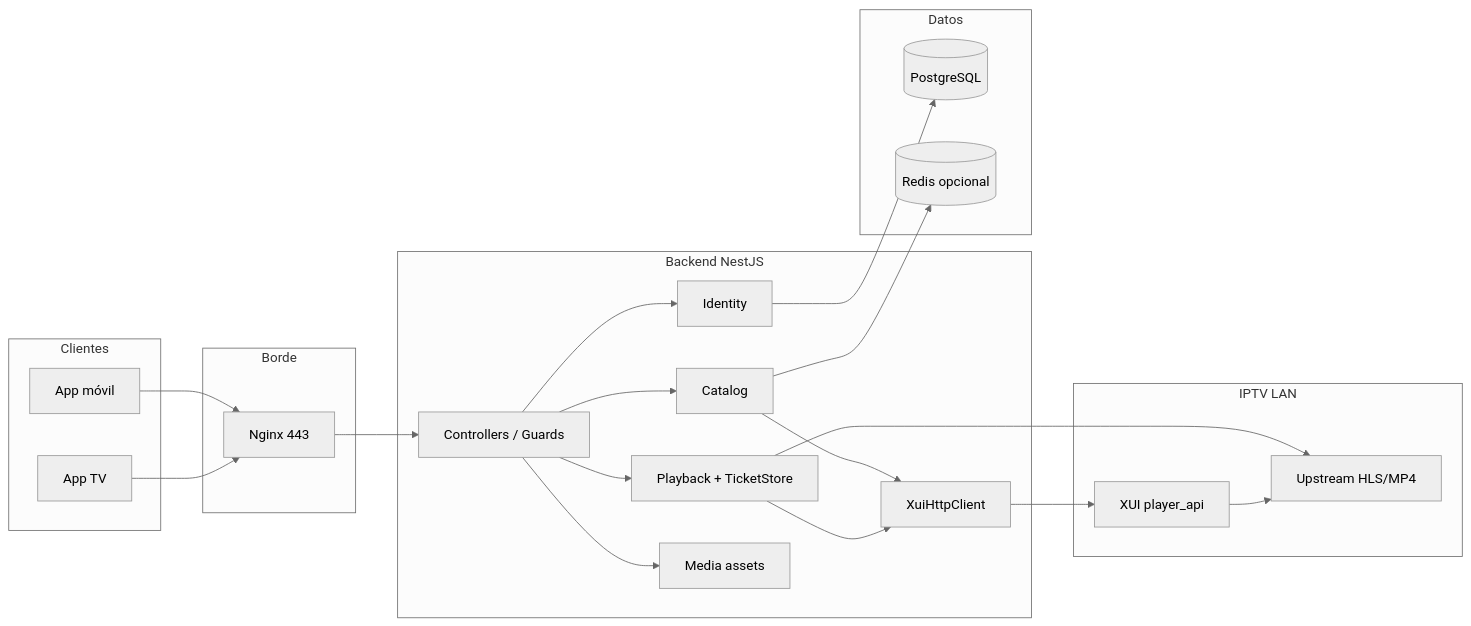
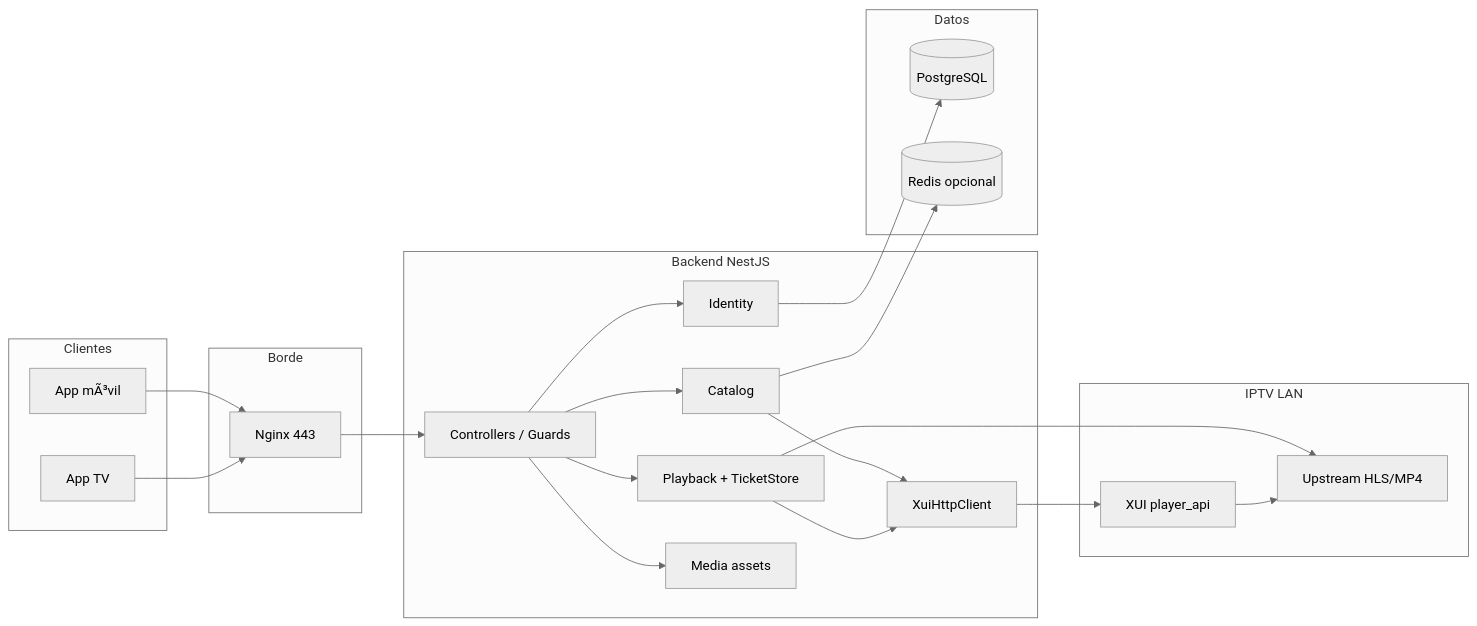
The diagram in backend/docs/AUDITORIA/00-inventario-proyecto/arquitectura.md (CristhianQuintana/Backend-Cotas), drawn with Mermaid (neutral theme) before and after one commit. The commit also changed other lines of this file and 2 other files, not shown here.

````diff
--- a/backend/docs/AUDITORIA/00-inventario-proyecto/arquitectura.md
+++ b/backend/docs/AUDITORIA/00-inventario-proyecto/arquitectura.md
@@ -33,40 +33,40 @@
 ```mermaid
 flowchart LR
   subgraph clients [Clientes]
-    M[App móvil]
+    M[App mÃ³vil]
     T[App TV]
   end
   subgraph edge [Borde]
     N[Nginx 443]
   end
   subgraph app [Backend NestJS]
     API[Controllers / Guards]
     ID[Identity]
     CAT[Catalog]
     PB[Playback + TicketStore]
     MD[Media assets]
     XUI[XuiHttpClient]
   end
   subgraph data [Datos]
     PG[(PostgreSQL)]
     RD[(Redis opcional)]
   end
   subgraph iptv [IPTV LAN]
     X[XUI player_api]
     S[Upstream HLS/MP4]
   end
   M --> N
   T --> N
   N --> API
   API --> ID
   API --> CAT
   API --> PB
   API --> MD
   ID --> PG
   CAT --> XUI
   CAT --> RD
   PB --> XUI
   PB --> S
   XUI --> X
   X --> S
 ```
````
